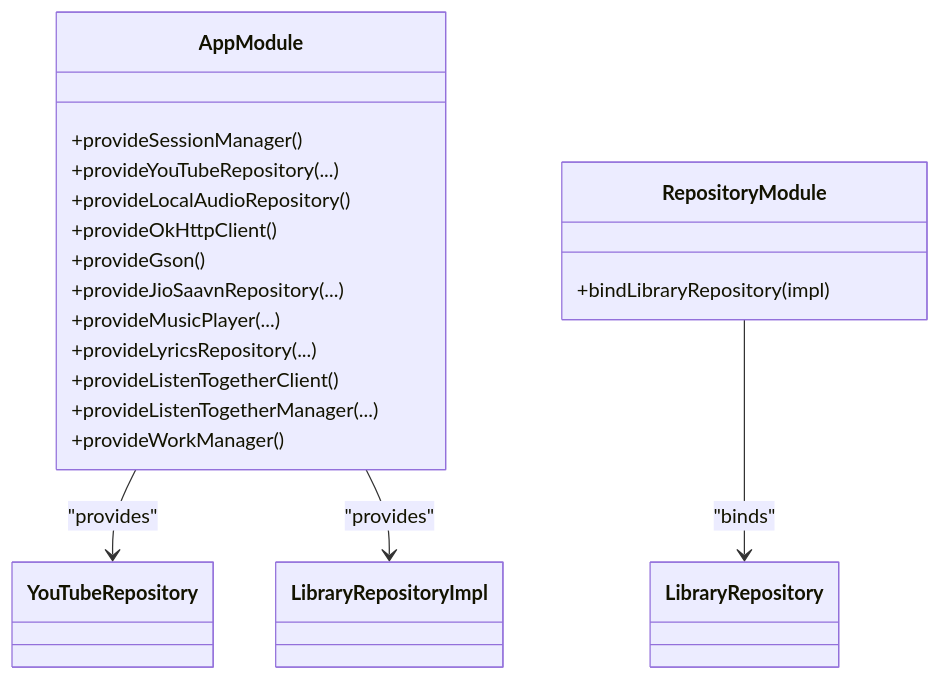
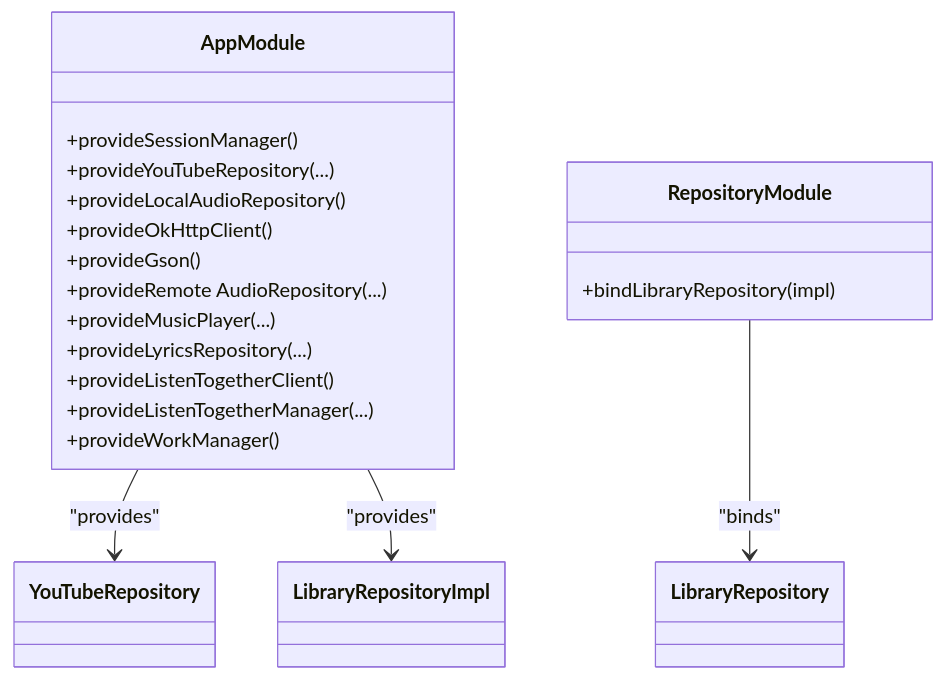
The fifth of 9 diagrams in docs/Application Architecture/Application Architecture.md (suvojeet-sengupta/SuvMusic), drawn with Mermaid before and after one commit. The commit also changed other lines of this file and 32 other files, not shown here.

````diff
--- a/docs/Application Architecture/Application Architecture.md
+++ b/docs/Application Architecture/Application Architecture.md
@@ -222,22 +222,22 @@
 ```mermaid
 classDiagram
 class AppModule {
 +provideSessionManager()
 +provideYouTubeRepository(...)
 +provideLocalAudioRepository()
 +provideOkHttpClient()
 +provideGson()
-+provideJioSaavnRepository(...)
++provideRemote AudioRepository(...)
 +provideMusicPlayer(...)
 +provideLyricsRepository(...)
 +provideListenTogetherClient()
 +provideListenTogetherManager(...)
 +provideWorkManager()
 }
 class RepositoryModule {
 +bindLibraryRepository(impl)
 }
 AppModule --> YouTubeRepository : "provides"
 AppModule --> LibraryRepositoryImpl : "provides"
 RepositoryModule --> LibraryRepository : "binds"
 ```
````
